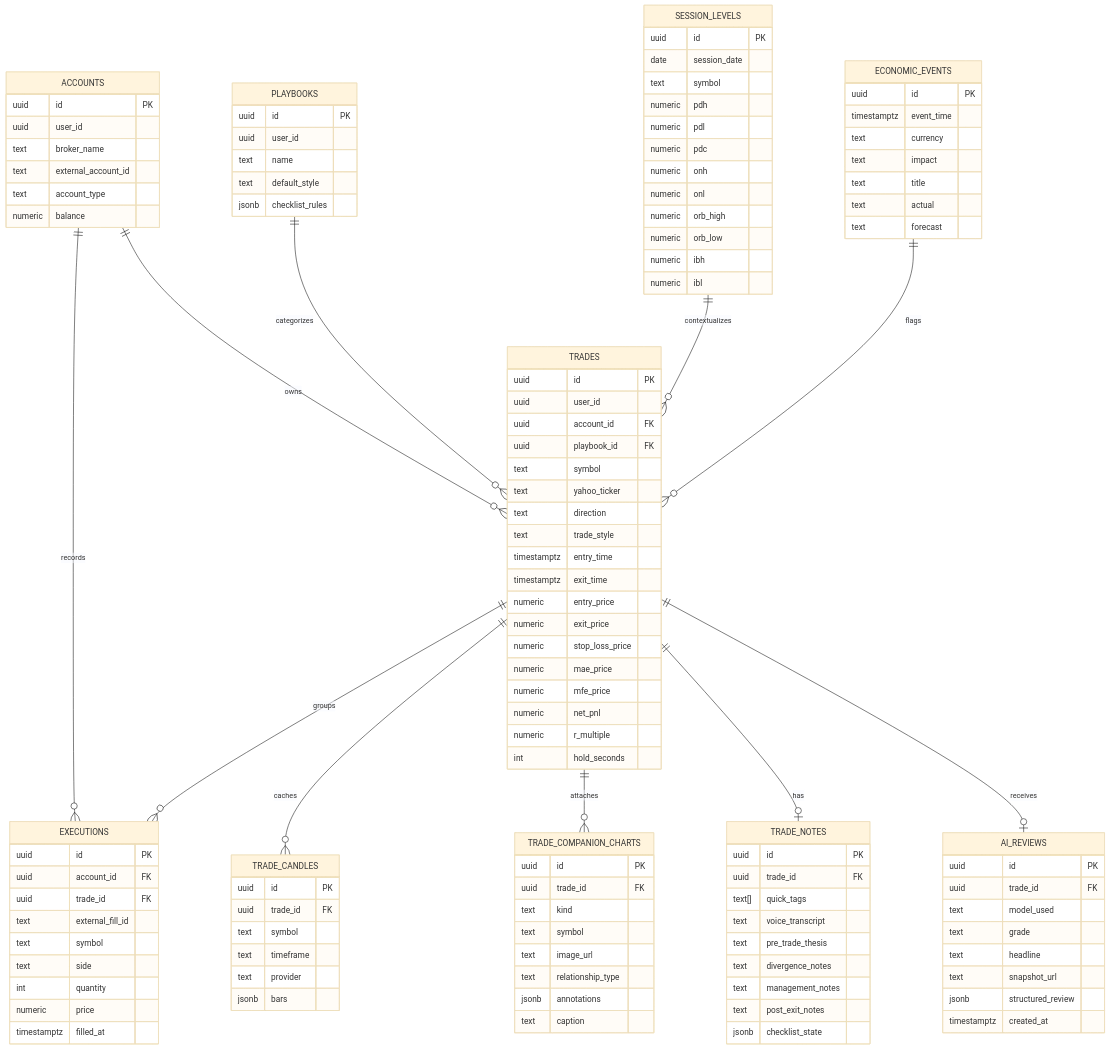
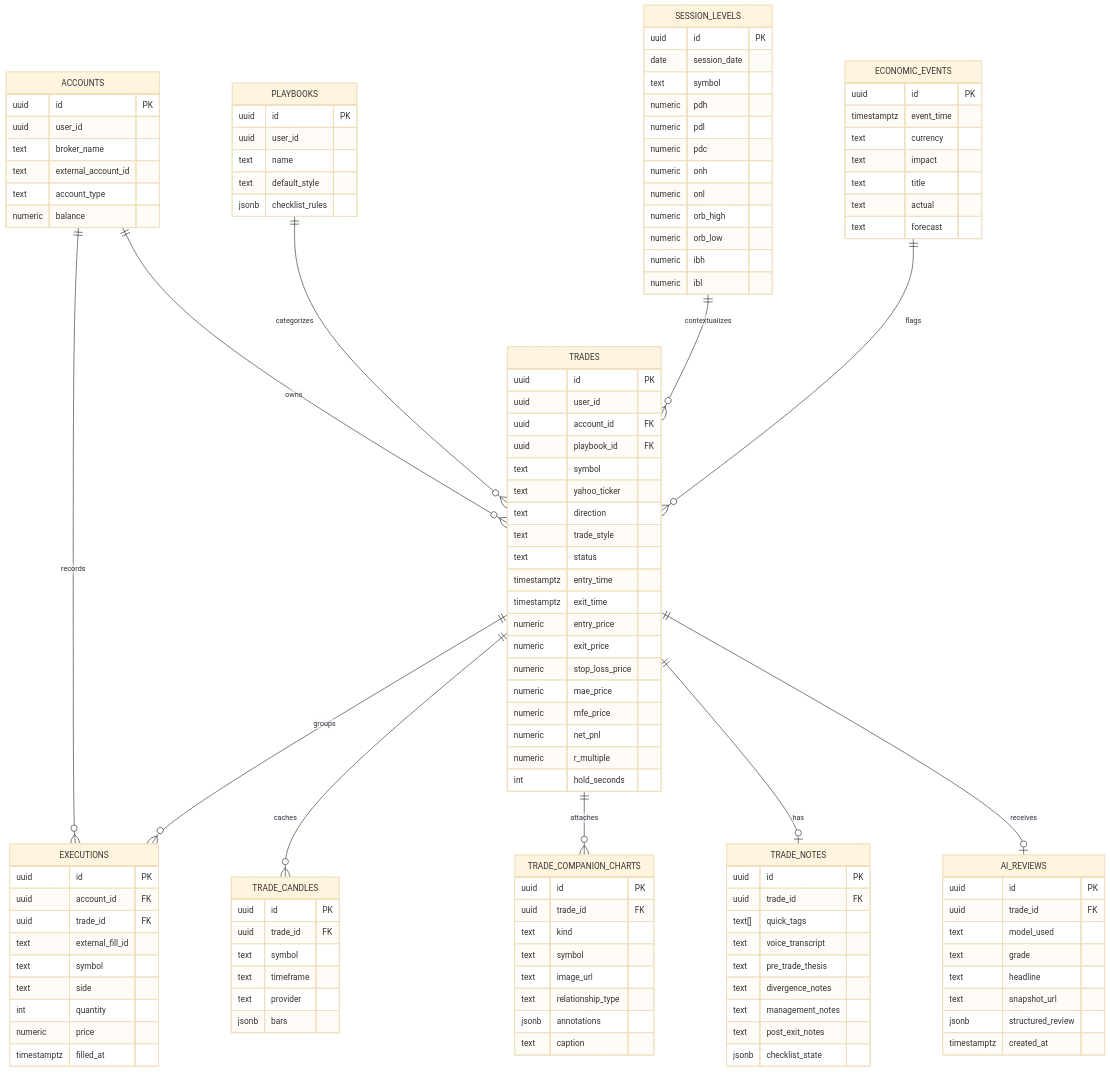
Before and after one commit to wyrmspire/mogmine: the diagram in docs/06-data-model-and-roadmap.md, drawn with Mermaid (base theme). The commit also changed other lines of this file and 16 other files, not shown here.

```diff
--- a/docs/06-data-model-and-roadmap.md
+++ b/docs/06-data-model-and-roadmap.md
@@ -49,6 +49,7 @@
         text yahoo_ticker
         text direction
         text trade_style
+        text status
         timestamptz entry_time
         timestamptz exit_time
         numeric entry_price
```
